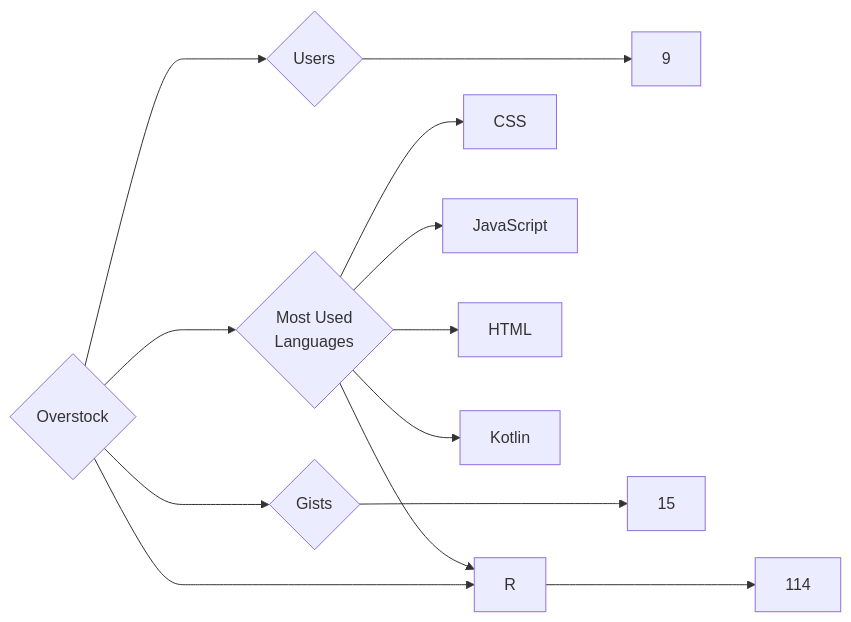
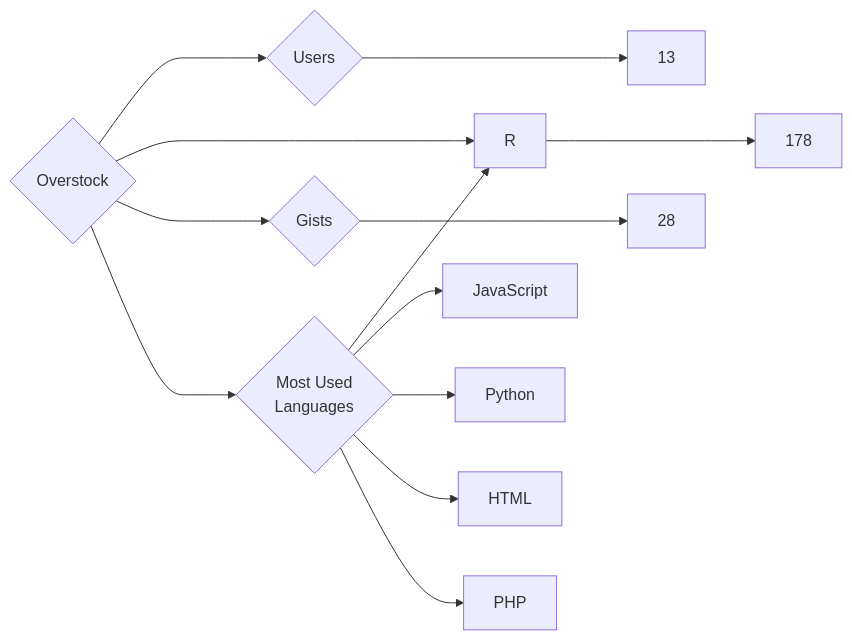
The diagram in targets/Overstock/README.md (trickest/insiders), drawn with Mermaid before and after one commit. The commit also changed 955 other files, not shown here.

````diff
--- a/targets/Overstock/README.md
+++ b/targets/Overstock/README.md
@@ -3,13 +3,13 @@
 ```mermaid
 graph LR
 COMPANY_NAME{Overstock}
-COMPANY_NAME ---> U{Users} ---> UN[9]
-COMPANY_NAME ---> R{Repositories} ---> RN[114]
-COMPANY_NAME ---> G{Gists} ---> GN[15]
+COMPANY_NAME ---> U{Users} ---> UN[13]
+COMPANY_NAME ---> R{Repositories} ---> RN[178]
+COMPANY_NAME ---> G{Gists} ---> GN[28]
 COMPANY_NAME ---> ML{Most Used<br>Languages}
-ML --> CSS[CSS]
+ML --> R[R]
 ML --> JavaScript[JavaScript]
+ML --> Python[Python]
 ML --> HTML[HTML]
-ML --> R[R]
-ML --> Kotlin[Kotlin]
+ML --> PHP[PHP]
 ```
````
